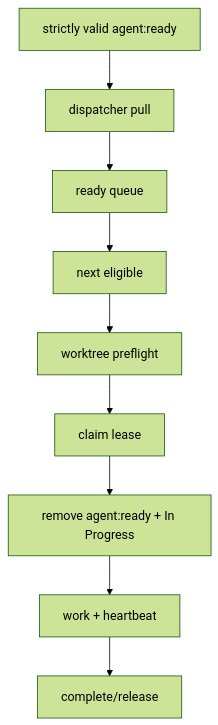
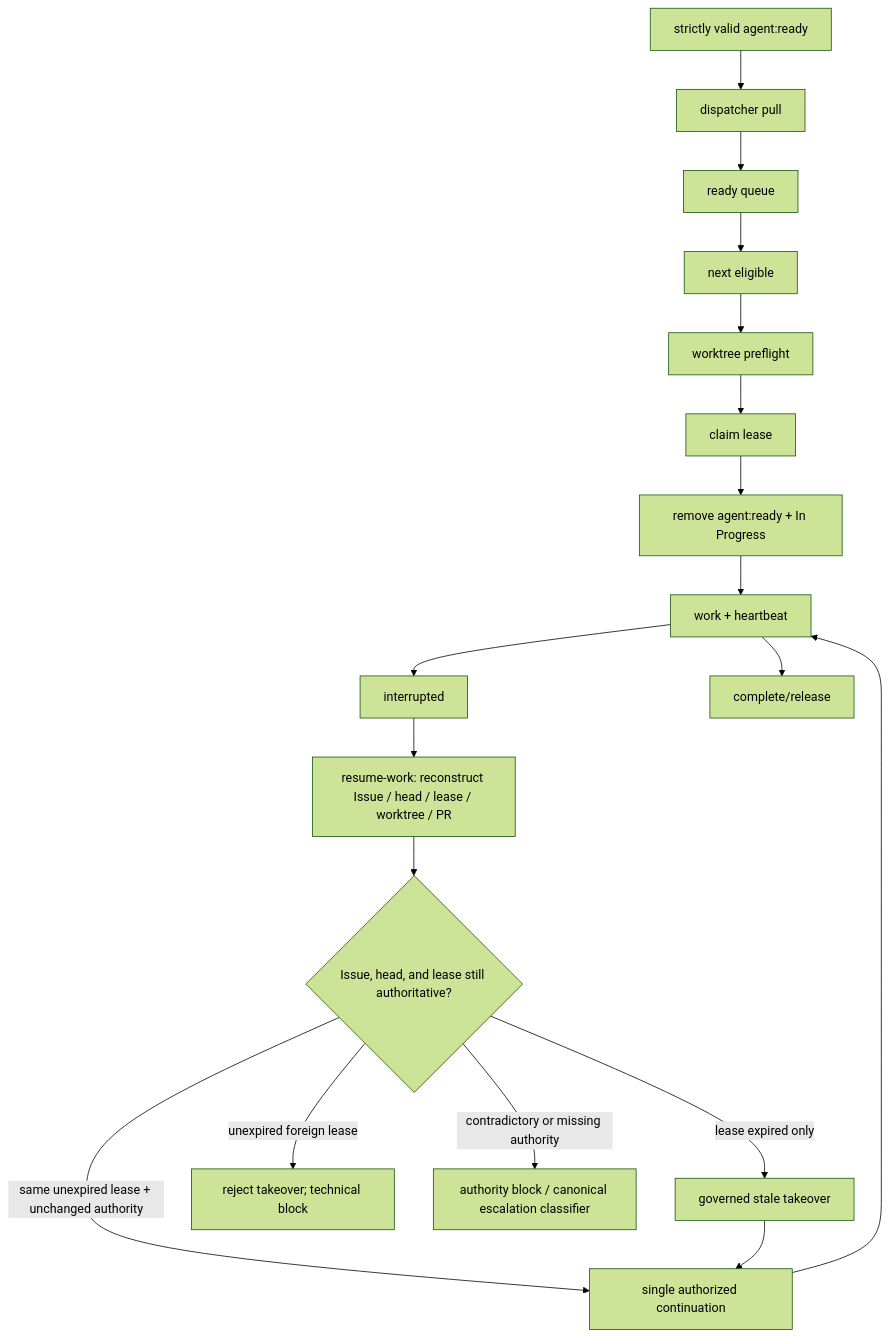
Before and after one commit to RasmusTho/agentic-pkm-mvp: diagram 17 of 23 in docs/development/BUILDER_SYSTEM_PROCESS_MAP.md, drawn with Mermaid (forest theme). The commit also changed other lines of this file and 1 other file, not shown here.

First line of the commit message:
Document governed Builder System process architecture

````diff
--- a/docs/development/BUILDER_SYSTEM_PROCESS_MAP.md
+++ b/docs/development/BUILDER_SYSTEM_PROCESS_MAP.md
@@ -877,11 +1490,20 @@
 ```mermaid
 flowchart TD
   ReadyIssue["strictly valid agent:ready"] --> PullSync["dispatcher pull"]
   PullSync --> Queue["ready queue"]
   Queue --> Next["next eligible"]
   Next --> Preflight["worktree preflight"]
   Preflight --> Claim["claim lease"]
   Claim --> GithubClaim["remove agent:ready + In Progress"]
   GithubClaim --> Work["work + heartbeat"]
+  Work --> Interrupted["interrupted"]
+  Interrupted --> Reconstruct["resume-work: reconstruct Issue / head / lease / worktree / PR"]
+  Reconstruct --> Revalidate{"Issue, head, and lease still authoritative?"}
+  Revalidate -->|same unexpired lease + unchanged authority| Continue["single authorized continuation"]
+  Continue --> Work
+  Revalidate -->|lease expired only| StaleTakeover["governed stale takeover"]
+  StaleTakeover --> Continue
+  Revalidate -->|unexpired foreign lease| RejectTakeover["reject takeover; technical block"]
+  Revalidate -->|contradictory or missing authority| AuthorityBlock["authority block / canonical escalation classifier"]
   Work --> Complete["complete/release"]
 ```
````
